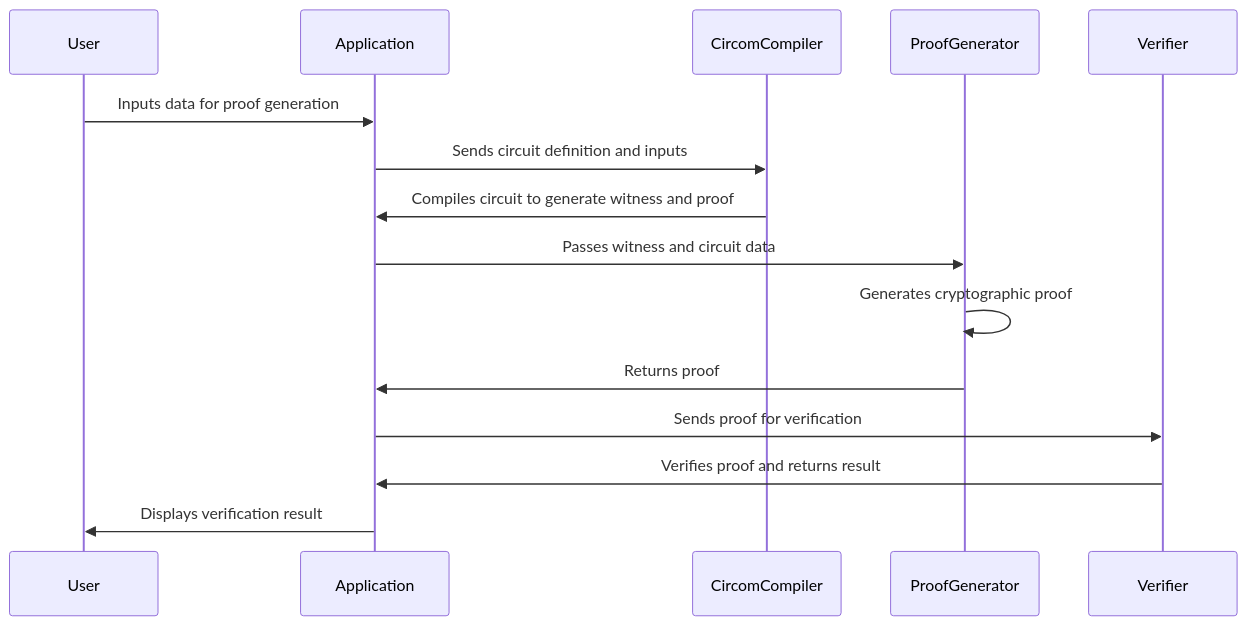
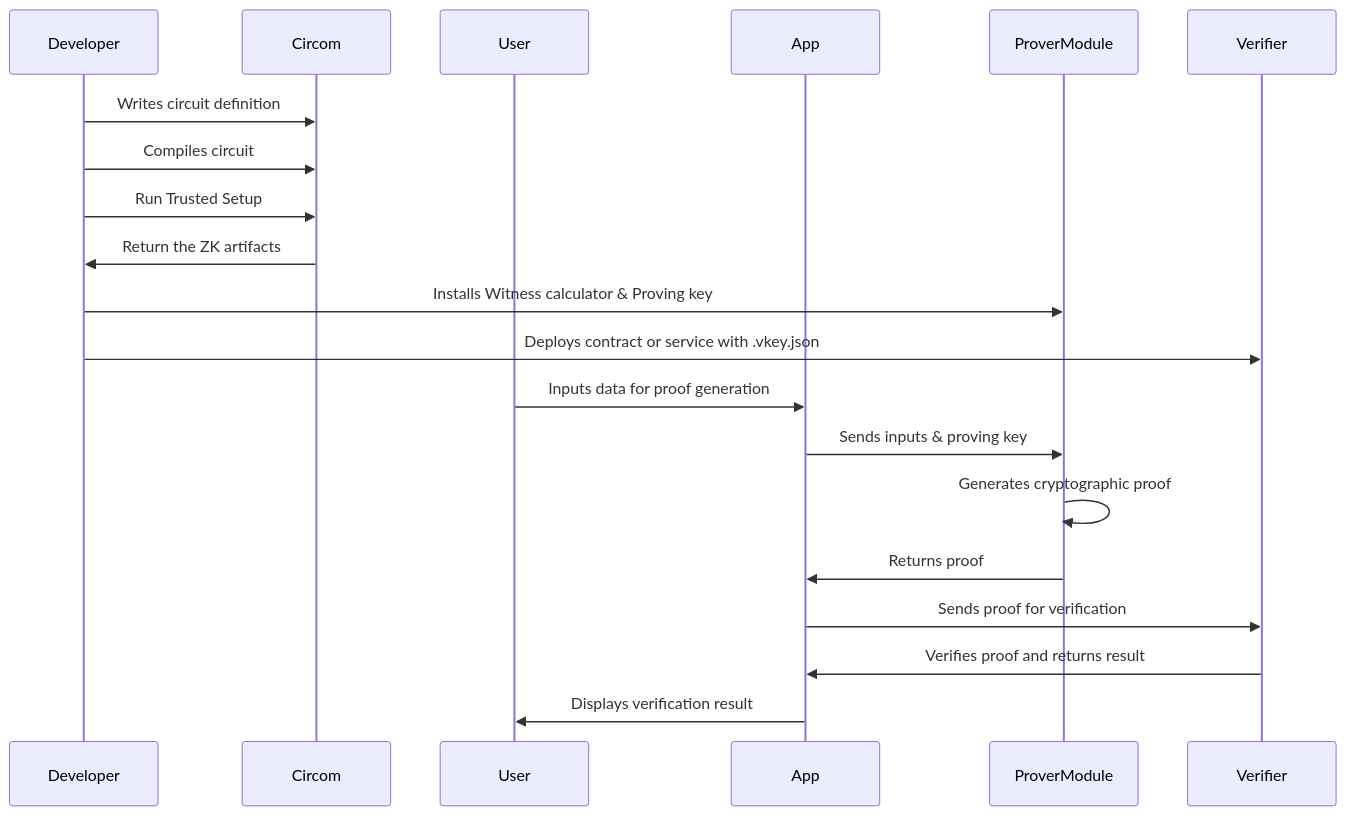
Before and after one commit to privacy-scaling-explorations/core-program: the first of 6 diagrams in 2024/week1_cryptographic_basics.md, drawn with Mermaid. The commit also changed other lines of this file, not shown here.

Commit message:
- Improved the Graphic of Circom workflow - Added a Graphic for Hash Functions - Added a Graphic for Merkle Trees explanation   related of how it is related to Ethereum - Added a Graphic for Digital Signatures (Schnorr) - Added a Graphic for Elliptic Curve Digital   Signature Algorithm

````diff
--- a/2024/week1_cryptographic_basics.md
+++ b/2024/week1_cryptographic_basics.md
@@ -10,18 +11,23 @@
 ```mermaid
 sequenceDiagram
+    participant Developer
+    participant Circom
     participant User
-    participant Application
-    participant CircomCompiler
-    participant ProofGenerator
+    participant App
+    participant ProverModule
     participant Verifier
 
-    User->>Application: Inputs data for proof generation
-    Application->>CircomCompiler: Sends circuit definition and inputs
-    CircomCompiler->>Application: Compiles circuit to generate witness and proof
-    Application->>ProofGenerator: Passes witness and circuit data
-    ProofGenerator->>ProofGenerator: Generates cryptographic proof
-    ProofGenerator->>Application: Returns proof
-    Application->>Verifier: Sends proof for verification
-    Verifier->>Application: Verifies proof and returns result
-    Application->>User: Displays verification result
+    Developer->>Circom: Writes circuit definition
+    Developer->>Circom: Compiles circuit
+    Developer->>Circom: Run Trusted Setup
+    Circom->>Developer: Return the ZK artifacts
+    Developer->>ProverModule: Installs Witness calculator & Proving key
+    Developer->>Verifier: Deploys contract or service with .vkey.json 
+    User->>App: Inputs data for proof generation
+    App->>ProverModule: Sends inputs & proving key
+    ProverModule->>ProverModule: Generates cryptographic proof
+    ProverModule->>App: Returns proof
+    App->>Verifier: Sends proof for verification
+    Verifier->>App: Verifies proof and returns result
+    App->>User: Displays verification result
 ```
````
